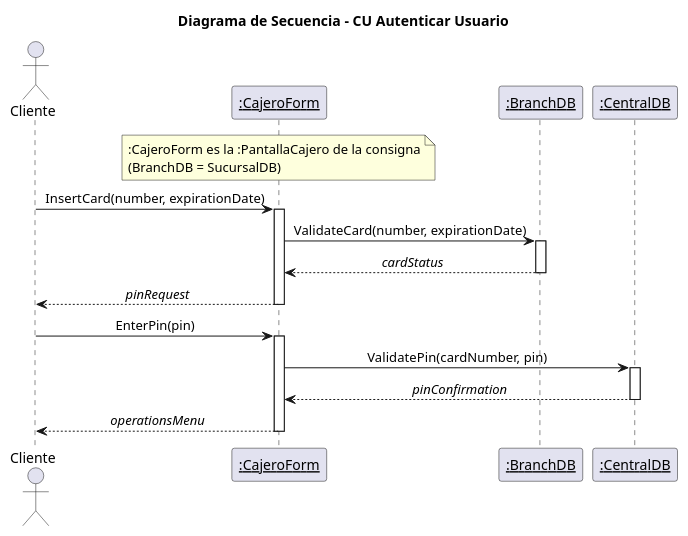
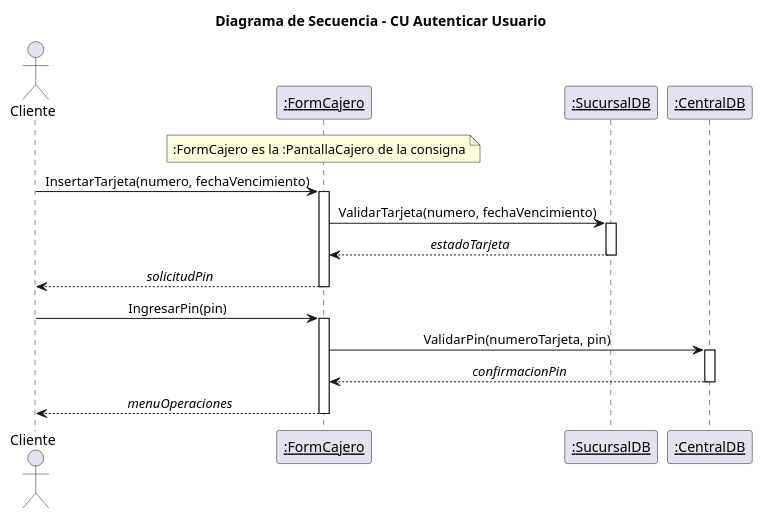
Before and after one commit to 4l3j0Ok/institute-third-year: the diagram in diseno-e-implementacion-de-sistemas/trabajo-integrador/diagrams/05_secuencia_autenticar.puml, drawn with PlantUML. The commit also changed 55 other files, not shown here.

Commit message:
Add FormCajero class for ATM interface and update Program entry point

```diff
--- a/diseno-e-implementacion-de-sistemas/trabajo-integrador/diagrams/05_secuencia_autenticar.puml
+++ b/diseno-e-implementacion-de-sistemas/trabajo-integrador/diagrams/05_secuencia_autenticar.puml
@@ -1,30 +1,30 @@
 @startuml 05_secuencia_autenticar
 title Diagrama de Secuencia - CU Autenticar Usuario
 skinparam shadowing false
 skinparam sequenceMessageAlign center
 
 actor Cliente
-participant "<u>:CajeroForm</u>" as PC
-participant "<u>:BranchDB</u>" as SDB
+participant "<u>:FormCajero</u>" as PC
+participant "<u>:SucursalDB</u>" as SDB
 participant "<u>:CentralDB</u>" as CDB
 
-note over PC : :CajeroForm es la :PantallaCajero de la consigna\n(BranchDB = SucursalDB)
+note over PC : :FormCajero es la :PantallaCajero de la consigna
 
-Cliente -> PC : InsertCard(number, expirationDate)
+Cliente -> PC : InsertarTarjeta(numero, fechaVencimiento)
 activate PC
-PC -> SDB : ValidateCard(number, expirationDate)
+PC -> SDB : ValidarTarjeta(numero, fechaVencimiento)
 activate SDB
-SDB --> PC : //cardStatus//
+SDB --> PC : //estadoTarjeta//
 deactivate SDB
-PC --> Cliente : //pinRequest//
+PC --> Cliente : //solicitudPin//
 deactivate PC
 
-Cliente -> PC : EnterPin(pin)
+Cliente -> PC : IngresarPin(pin)
 activate PC
-PC -> CDB : ValidatePin(cardNumber, pin)
+PC -> CDB : ValidarPin(numeroTarjeta, pin)
 activate CDB
-CDB --> PC : //pinConfirmation//
+CDB --> PC : //confirmacionPin//
 deactivate CDB
-PC --> Cliente : //operationsMenu//
+PC --> Cliente : //menuOperaciones//
 deactivate PC
 @enduml
```
